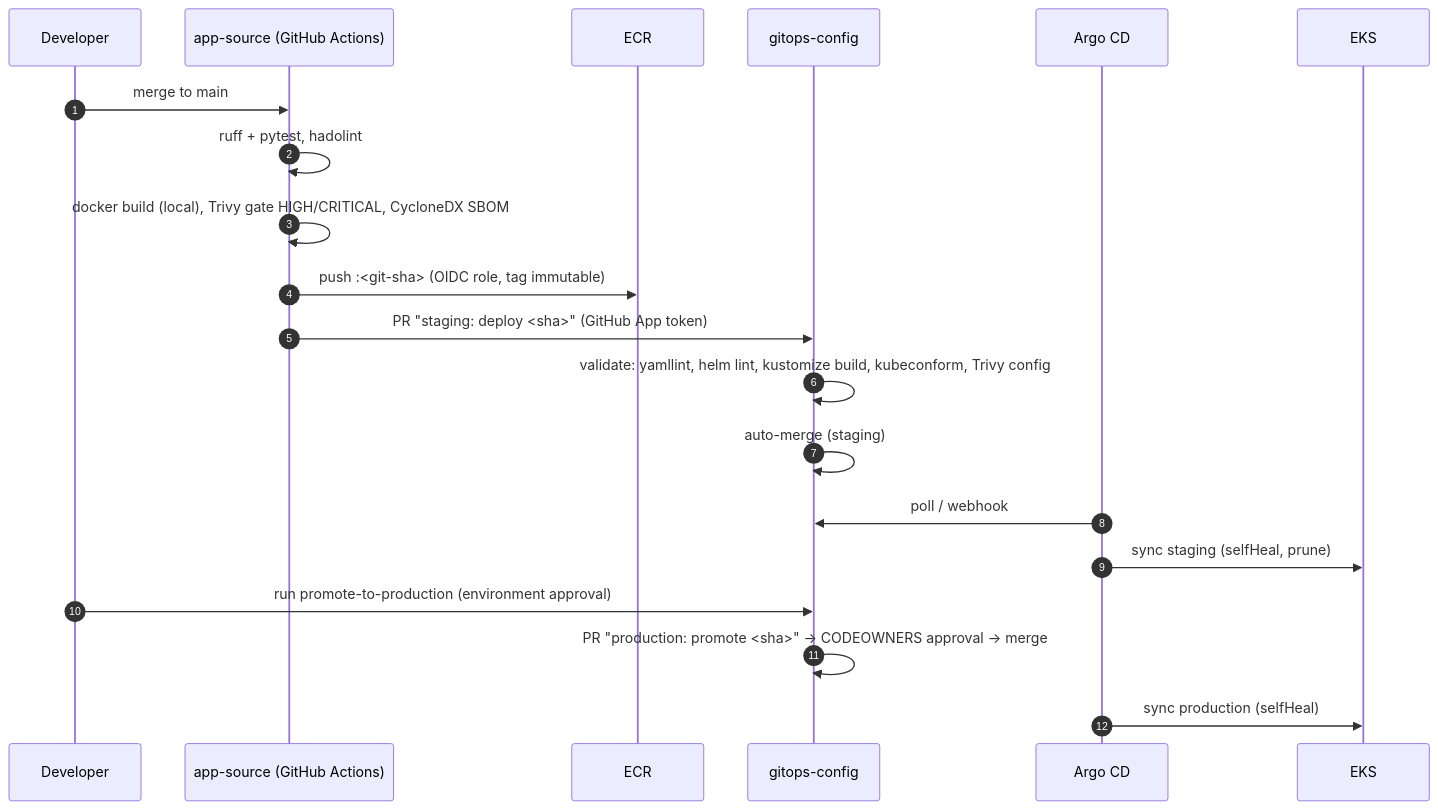
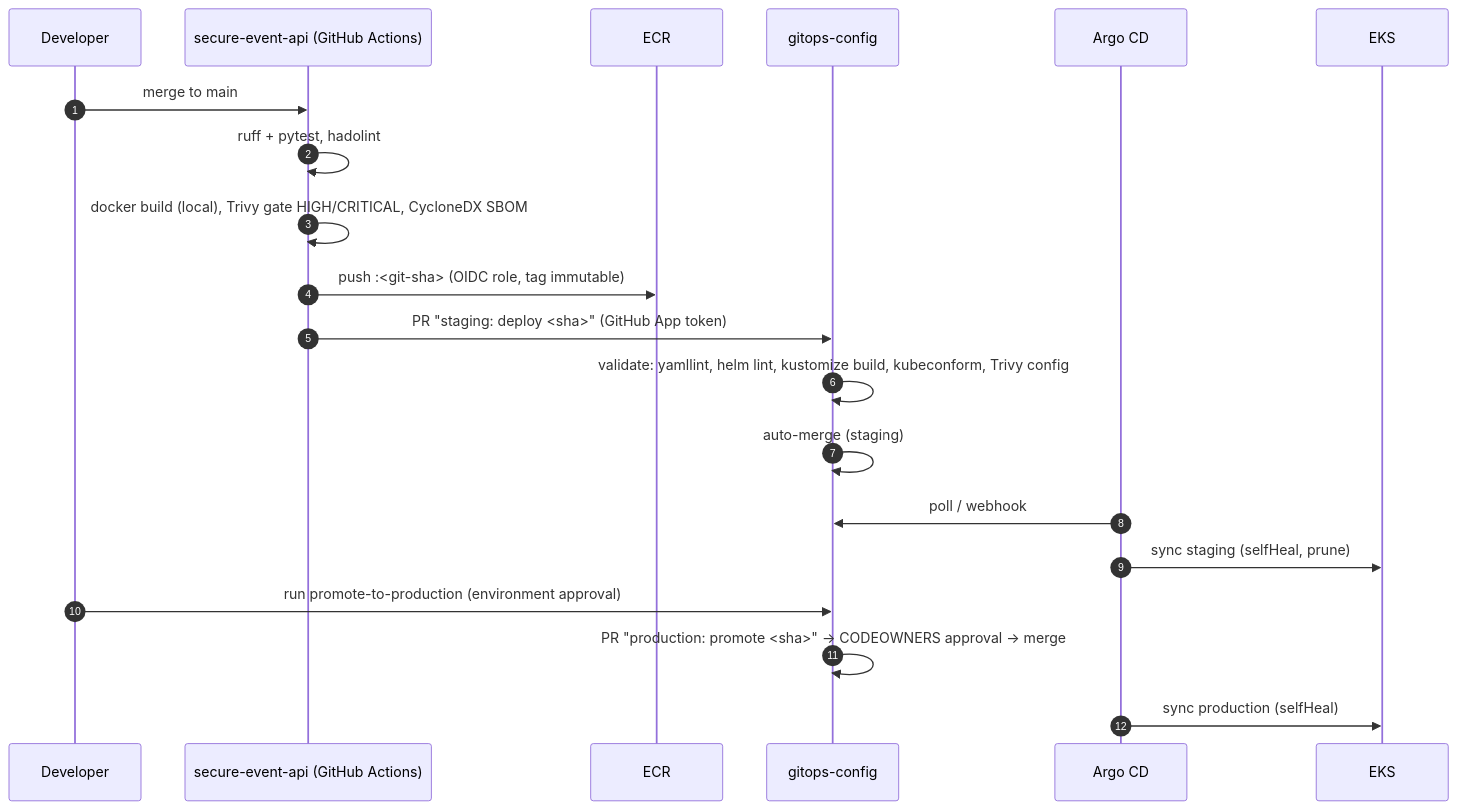
One commit to momenckhouse-dev/gitops-config changed the second of 4 diagrams in README.md. Above: the diagram before and after it, drawn with Mermaid. The commit also changed other lines of this file and 8 other files, not shown here.

````diff
--- a/README.md
+++ b/README.md
@@ -89,23 +89,23 @@
 ```mermaid
 sequenceDiagram
   autonumber
   participant D as Developer
-  participant A as app-source (GitHub Actions)
+  participant A as secure-event-api (GitHub Actions)
   participant E as ECR
   participant G as gitops-config
   participant R as Argo CD
   participant K as EKS
 
   D->>A: merge to main
   A->>A: ruff + pytest, hadolint
   A->>A: docker build (local), Trivy gate HIGH/CRITICAL, CycloneDX SBOM
   A->>E: push :<git-sha> (OIDC role, tag immutable)
   A->>G: PR "staging: deploy <sha>" (GitHub App token)
   G->>G: validate: yamllint, helm lint, kustomize build, kubeconform, Trivy config
   G->>G: auto-merge (staging)
   R->>G: poll / webhook
   R->>K: sync staging (selfHeal, prune)
   D->>G: run promote-to-production (environment approval)
   G->>G: PR "production: promote <sha>" → CODEOWNERS approval → merge
   R->>K: sync production (selfHeal)
 ```
````
